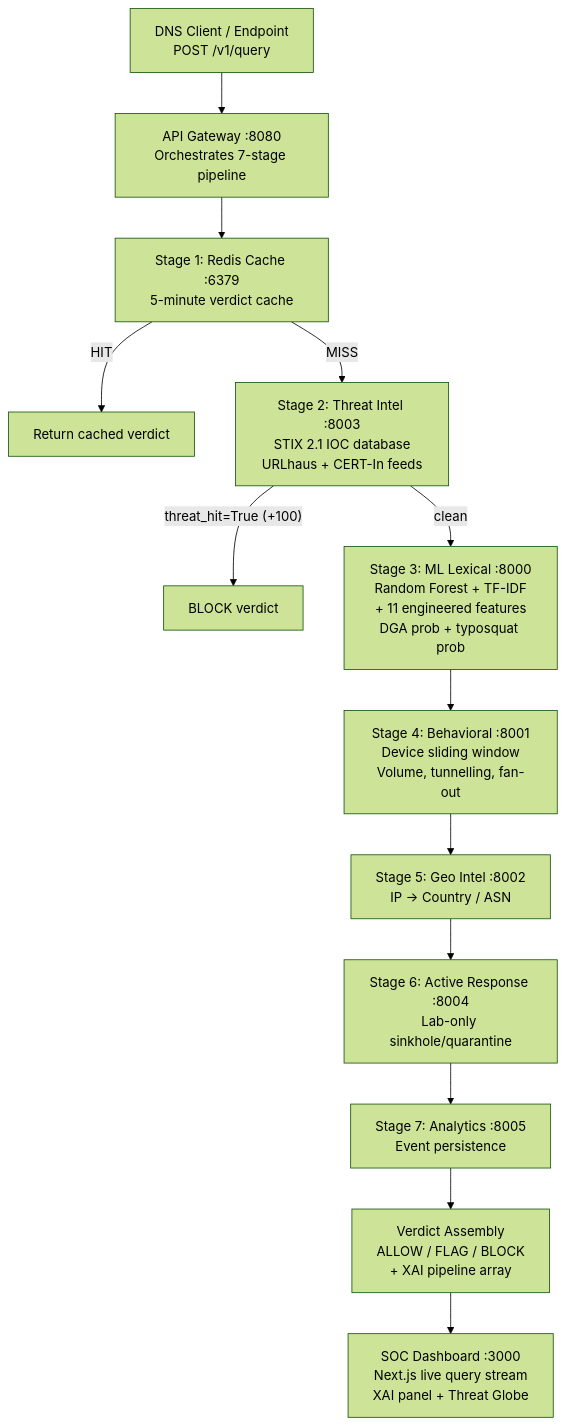
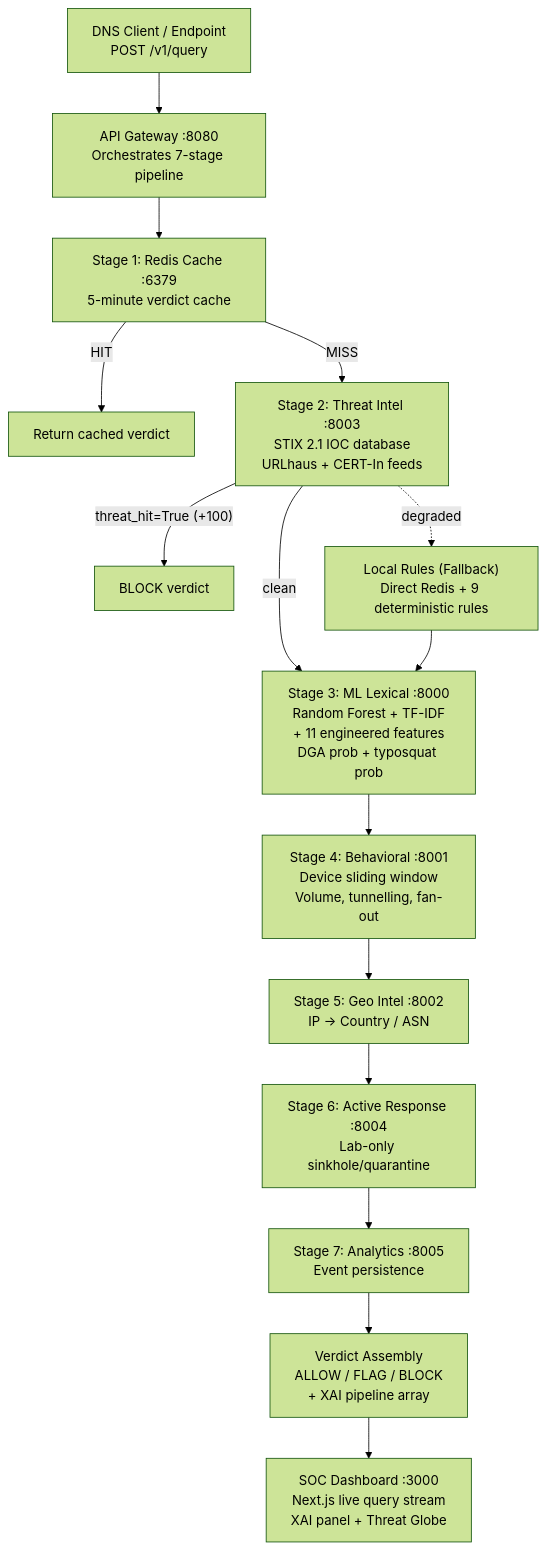
One commit to Kshitiz-Khandelwal/SIH-DNS-wala-proejct changed the first of 2 diagrams in docs/DNS_Shield_Flow_Diagram.md. Above: the diagram before and after it, drawn with Mermaid (forest theme). The commit also changed other lines of this file and 3 other files, not shown here.

Commit message:
docs: update architecture, diagrams, and reports with adversarial and resilient features

````diff
--- a/docs/DNS_Shield_Flow_Diagram.md
+++ b/docs/DNS_Shield_Flow_Diagram.md
@@ -125,19 +125,22 @@
 ```mermaid
 graph TD
     CLIENT["DNS Client / Endpoint<br/>POST /v1/query"] --> GW["API Gateway :8080<br/>Orchestrates 7-stage pipeline"]
 
     GW --> CACHE["Stage 1: Redis Cache :6379<br/>5-minute verdict cache"]
     CACHE -- "HIT" --> RESP["Return cached verdict"]
     CACHE -- "MISS" --> TI["Stage 2: Threat Intel :8003<br/>STIX 2.1 IOC database<br/>URLhaus + CERT-In feeds"]
 
     TI -- "threat_hit=True (+100)" --> BLOCK["BLOCK verdict"]
     TI -- "clean" --> ML["Stage 3: ML Lexical :8000<br/>Random Forest + TF-IDF<br/>+ 11 engineered features<br/>DGA prob + typosquat prob"]
 
     ML --> BEH["Stage 4: Behavioral :8001<br/>Device sliding window<br/>Volume, tunnelling, fan-out"]
     BEH --> GEO["Stage 5: Geo Intel :8002<br/>IP → Country / ASN"]
     GEO --> AR["Stage 6: Active Response :8004<br/>Lab-only sinkhole/quarantine"]
     AR --> ANL["Stage 7: Analytics :8005<br/>Event persistence"]
 
+    TI -. "degraded" .-> LR["Local Rules (Fallback)<br/>Direct Redis + 9 deterministic rules"]
+    LR --> ML
+
     ANL --> VERDICT["Verdict Assembly<br/>ALLOW / FLAG / BLOCK<br/>+ XAI pipeline array"]
     VERDICT --> DASH["SOC Dashboard :3000<br/>Next.js live query stream<br/>XAI panel + Threat Globe"]
 ```
````
